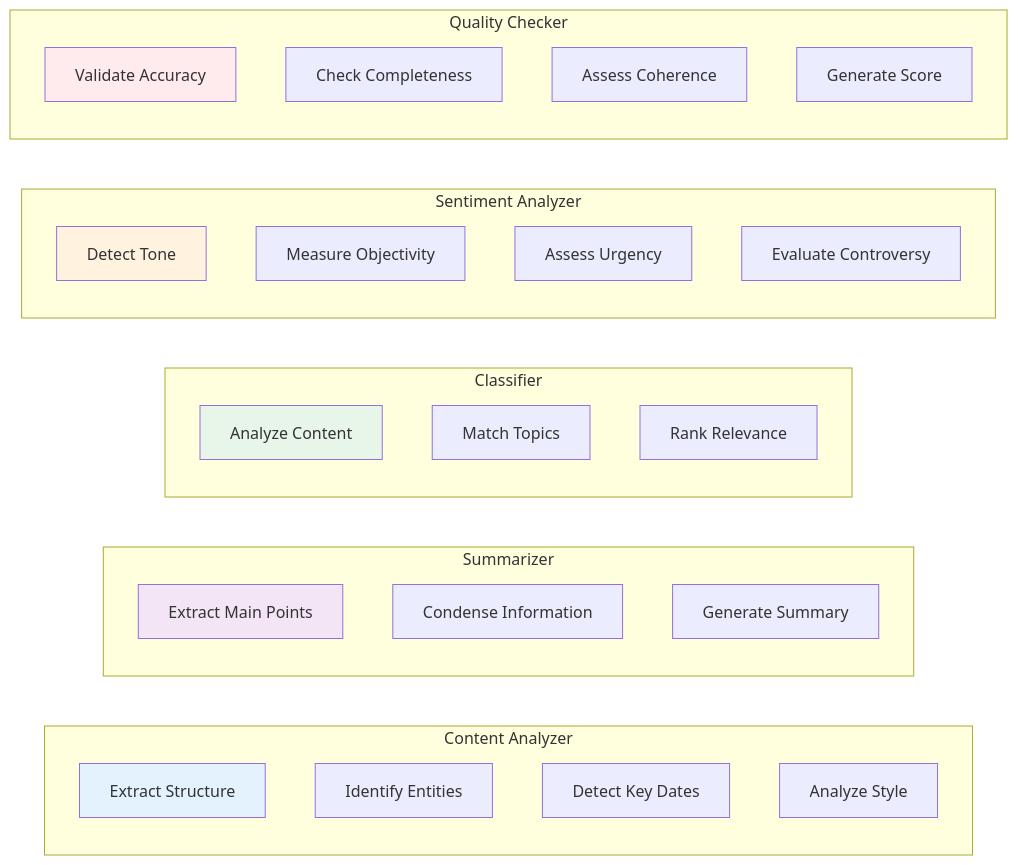
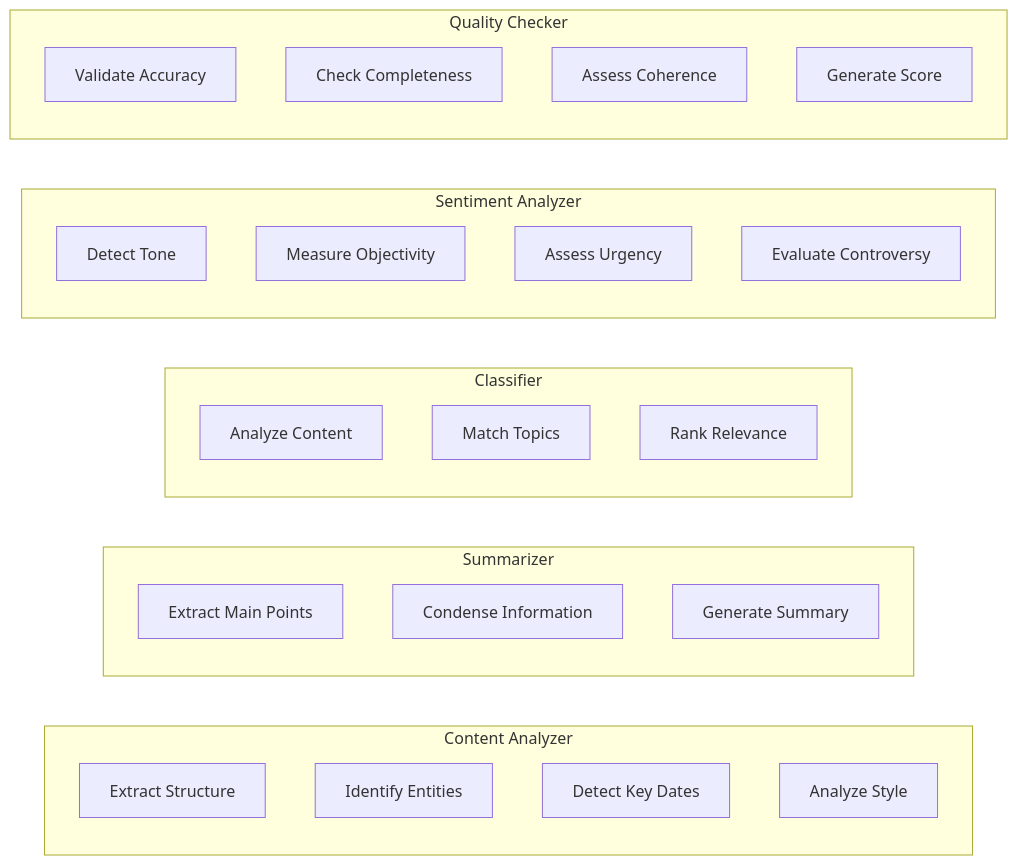
One commit to hoangsonww/AI-Gov-Content-Curator changed the third of 6 diagrams in agentic_ai/README.md. Above: the diagram before and after it, drawn with Mermaid. The commit also changed other lines of this file, not shown here.

````diff
--- a/agentic_ai/README.md
+++ b/agentic_ai/README.md
@@ -101,41 +94,35 @@
 ```mermaid
 graph LR
     subgraph "Content Analyzer"
         CA1[Extract Structure]
         CA2[Identify Entities]
         CA3[Detect Key Dates]
         CA4[Analyze Style]
     end
 
     subgraph "Summarizer"
         S1[Extract Main Points]
         S2[Condense Information]
         S3[Generate Summary]
     end
 
     subgraph "Classifier"
         C1[Analyze Content]
         C2[Match Topics]
         C3[Rank Relevance]
     end
 
     subgraph "Sentiment Analyzer"
         SA1[Detect Tone]
         SA2[Measure Objectivity]
         SA3[Assess Urgency]
         SA4[Evaluate Controversy]
     end
 
     subgraph "Quality Checker"
         Q1[Validate Accuracy]
         Q2[Check Completeness]
         Q3[Assess Coherence]
         Q4[Generate Score]
     end
-
-    style CA1 fill:#e3f2fd
-    style S1 fill:#f3e5f5
-    style C1 fill:#e8f5e9
-    style SA1 fill:#fff3e0
-    style Q1 fill:#ffebee
 ```
````
